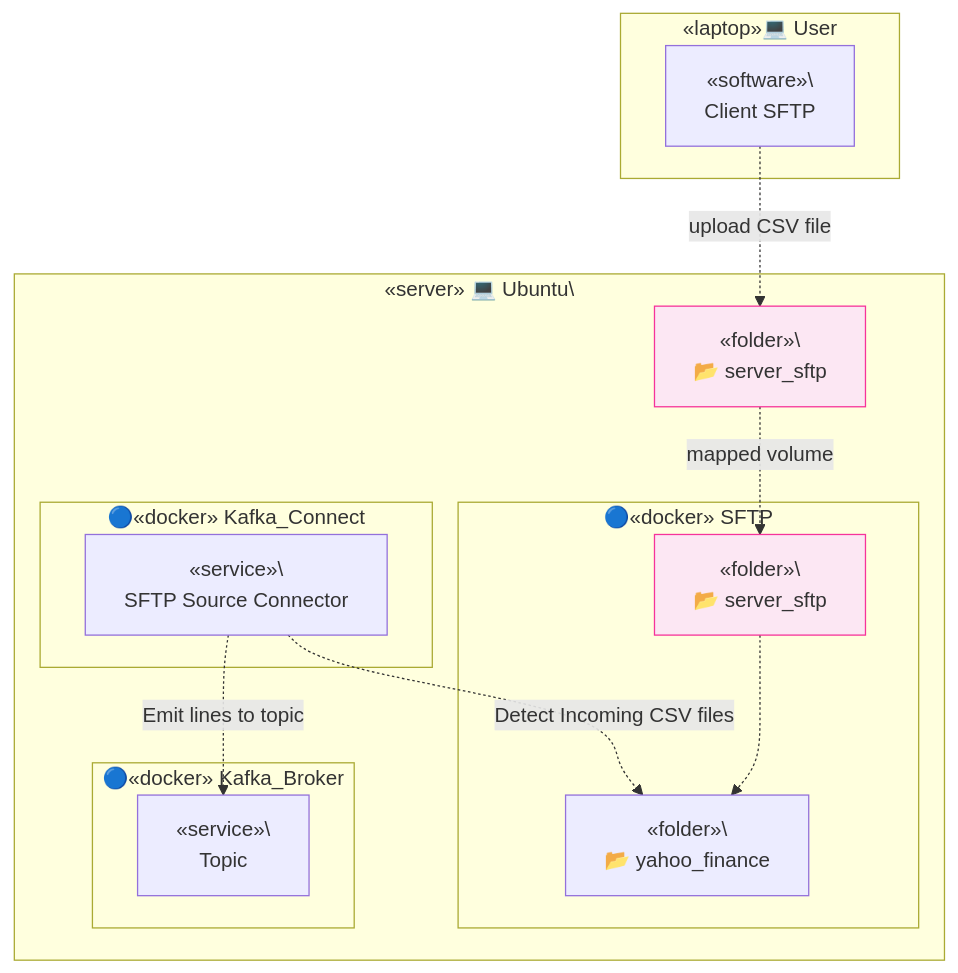
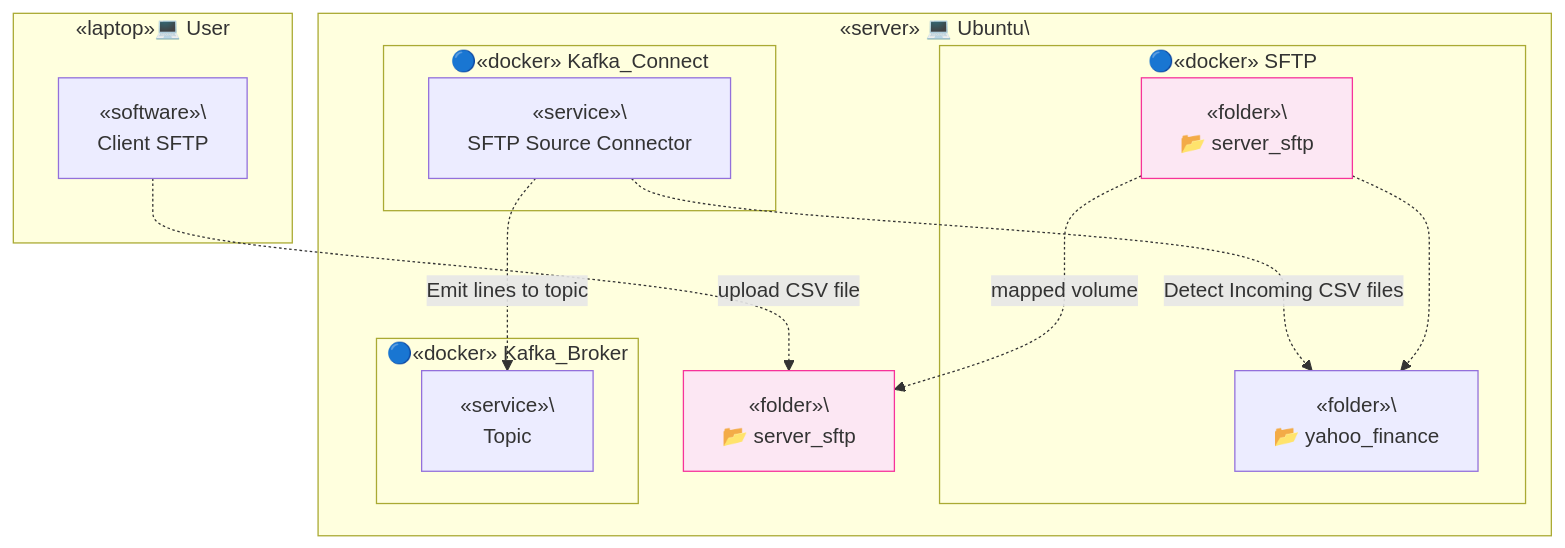
One commit to TrulyDigital/DATA_STREET changed the fifth of 5 diagrams in server_sftp/README.md. Above: the diagram before and after it, drawn with Mermaid.

Commit message:
feat: server-sftp update config yaml

````diff
--- a/server_sftp/README.md
+++ b/server_sftp/README.md
@@ -96,34 +96,34 @@
 ```mermaid
 graph TD
     subgraph Container_E [«laptop»💻 User]
         E1[«software»\<br> Client SFTP]
     end
 
     subgraph Container_A [«server» 💻 Ubuntu\<br/>]
         A1[«folder»\<br/> 📂 server_sftp]
         A1:::note_a1
 
         subgraph Container_B [🔵«docker» SFTP]
             B1[«folder»\<br/> 📂 server_sftp]
             B1:::note_b1
             B2[«folder»\<br/> 📂 yahoo_finance]
         end
 
         subgraph Container_C [🔵«docker» Kafka_Connect]
             C1[«service»\<br/> SFTP Source Connector]
         end
 
         subgraph Container_D [🔵«docker» Kafka_Broker]
             D1[«service»\<br/> Topic]
         end 
     end
 
     E1 -. upload CSV file .-> A1
-    A1 -. mapped volume .-> B1
+    B1 -. mapped volume .-> A1
     B1 -.-> B2
     C1 -. Detect Incoming CSV files .-> B2
     C1 -. Emit lines to topic .-> D1
 
     classDef note_a1 fill:#fce7f3,stroke:#f6339a,stroke-width:1px;
     classDef note_b1 fill:#fce7f3,stroke:#f6339a,stroke-width:1px;
 ```
````
